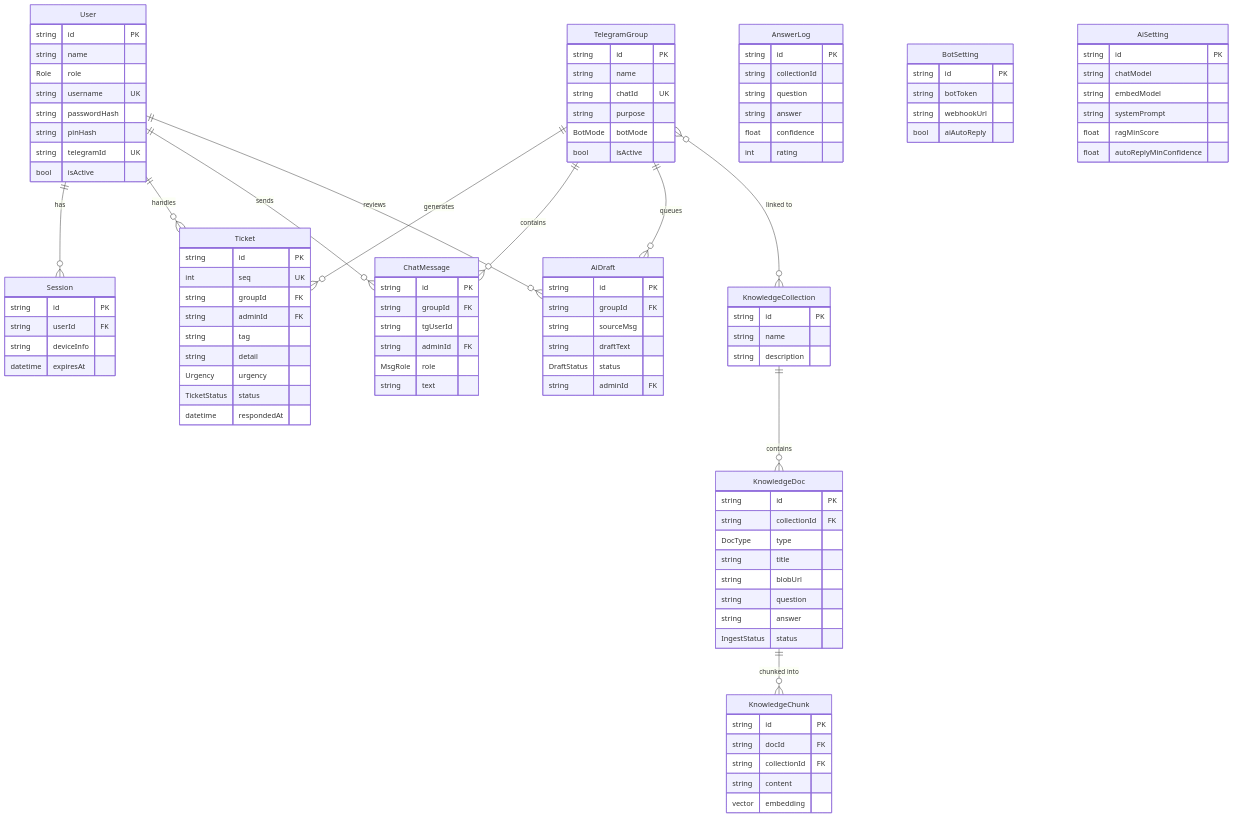
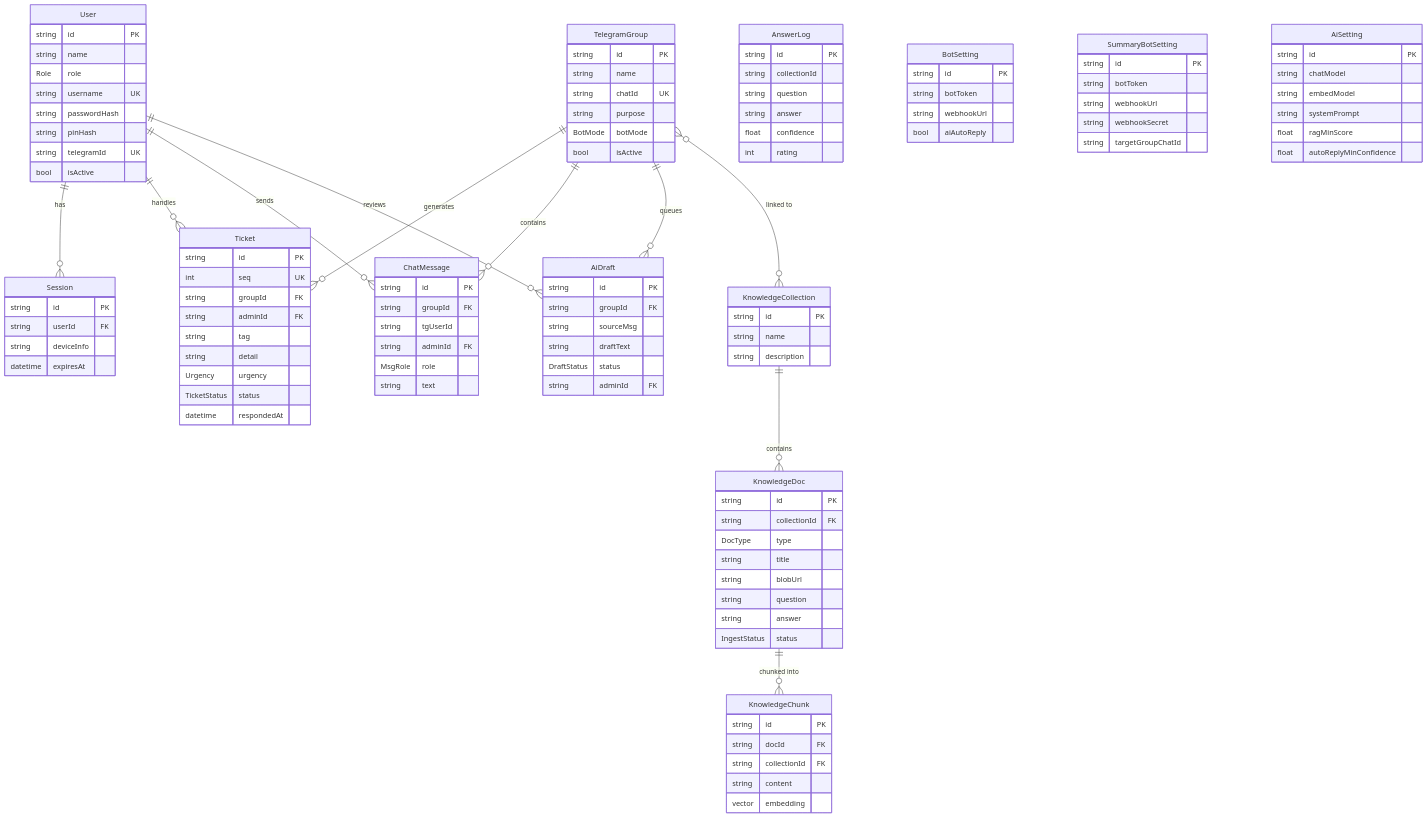
One commit to bazamakold-cmyk/telabotpower changed the sixth of 7 diagrams in docs/graphify.md. Above: the diagram before and after it, drawn with Mermaid. The commit also changed other lines of this file, not shown here.

Commit message:
docs(graphify): add SummaryBotSetting to project map

```diff
--- a/docs/graphify.md
+++ b/docs/graphify.md
@@ -321,6 +321,14 @@
         bool aiAutoReply
     }
 
+    SummaryBotSetting {
+        string id PK
+        string botToken
+        string webhookUrl
+        string webhookSecret
+        string targetGroupChatId
+    }
+
     AiSetting {
         string id PK
         string chatModel
```
